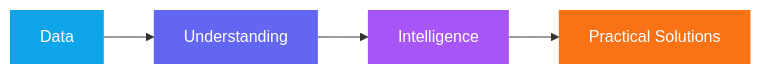
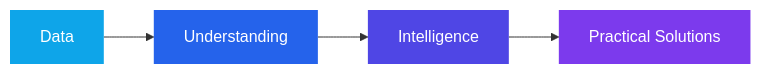
The fourth of 4 diagrams in README.md (paraskosambe-web/paraskosambe-web), drawn with Mermaid before and after one commit. The commit also changed other lines of this file, not shown here.

````diff
--- a/README.md
+++ b/README.md
@@ -364,8 +368,8 @@
 ```mermaid
 flowchart LR
     D["Data"] --> U["Understanding"] --> I["Intelligence"] --> P["Practical Solutions"]
     style D fill:#0ea5e9,color:#fff,stroke:none
-    style U fill:#6366f1,color:#fff,stroke:none
-    style I fill:#a855f7,color:#fff,stroke:none
-    style P fill:#f97316,color:#fff,stroke:none
+    style U fill:#2563eb,color:#fff,stroke:none
+    style I fill:#4f46e5,color:#fff,stroke:none
+    style P fill:#7c3aed,color:#fff,stroke:none
 ```
````
